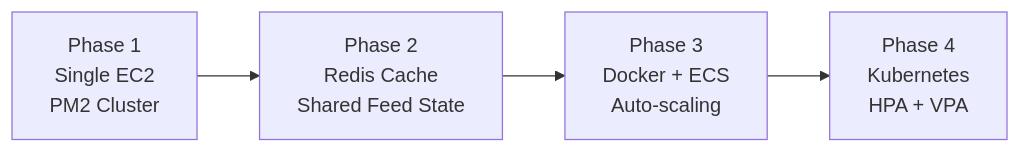
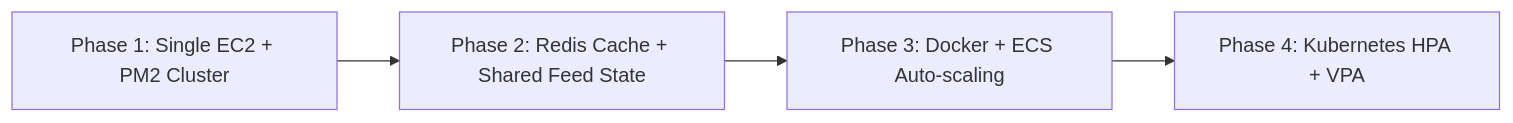
The sixth of 6 diagrams in README.md (adya-hub/metromate), drawn with Mermaid before and after one commit. The commit also changed other lines of this file and 15 other files, not shown here.

````diff
--- a/README.md
+++ b/README.md
@@ -410,7 +411,7 @@
 ```mermaid
 graph LR
-    A[Phase 1\nSingle EC2\nPM2 Cluster] --> B
-    B[Phase 2\nRedis Cache\nShared Feed State] --> C
-    C[Phase 3\nDocker + ECS\nAuto-scaling] --> D
-    D[Phase 4\nKubernetes\nHPA + VPA]
+    A["Phase 1: Single EC2 + PM2 Cluster"] --> B
+    B["Phase 2: Redis Cache + Shared Feed State"] --> C
+    C["Phase 3: Docker + ECS Auto-scaling"] --> D
+    D["Phase 4: Kubernetes HPA + VPA"]
 ```
````
